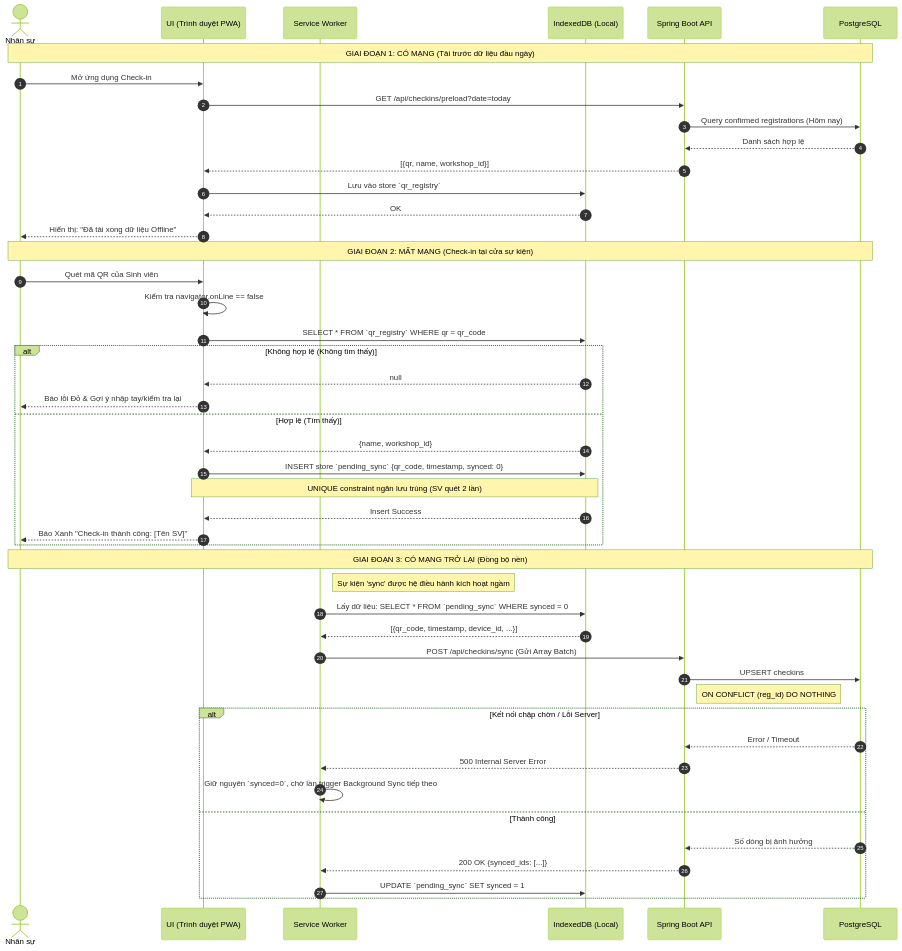
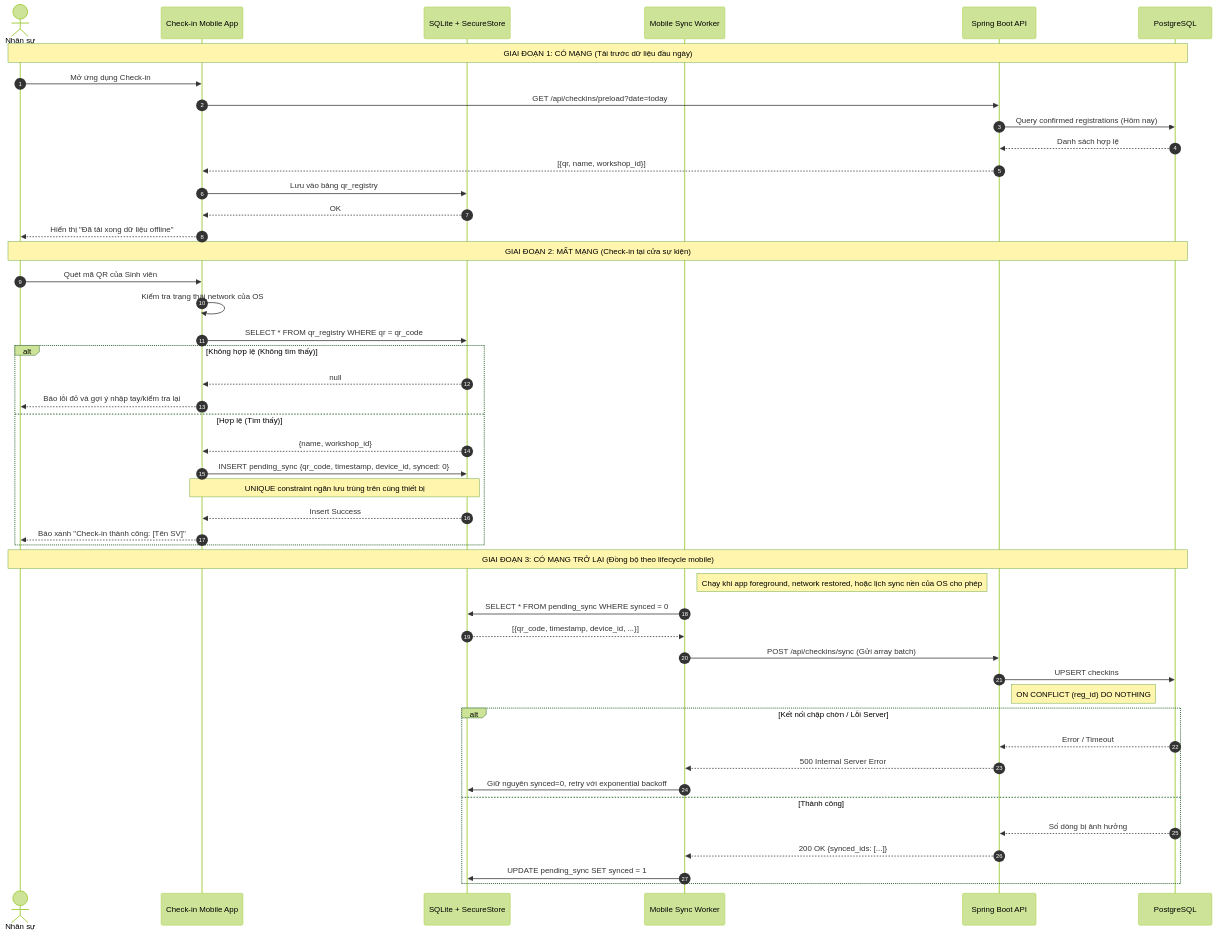
The fourth of 5 diagrams in blueprint/design.md (nvkhai238/UNIHUB), drawn with Mermaid (forest theme) before and after one commit. The commit also changed other lines of this file and 20 other files, not shown here.

````diff
--- a/blueprint/design.md
+++ b/blueprint/design.md
@@ -651,54 +651,54 @@
 ```mermaid
 sequenceDiagram
   autonumber
   actor Staff as Nhân sự
-  participant PWA as UI (Trình duyệt PWA)
-  participant SW as Service Worker
-  participant IDB as IndexedDB (Local)
+  participant Mobile as Check-in Mobile App
+  participant LocalDB as SQLite + SecureStore
+  participant Sync as Mobile Sync Worker
   participant API as Spring Boot API
   participant DB as PostgreSQL
 
   Note over Staff, DB: GIAI ĐOẠN 1: CÓ MẠNG (Tải trước dữ liệu đầu ngày)
-  Staff->>PWA: Mở ứng dụng Check-in
-  PWA->>API: GET /api/checkins/preload?date=today
+  Staff->>Mobile: Mở ứng dụng Check-in
+  Mobile->>API: GET /api/checkins/preload?date=today
   API->>DB: Query confirmed registrations (Hôm nay)
   DB-->>API: Danh sách hợp lệ
-  API-->>PWA: [{qr, name, workshop_id}]
-  PWA->>IDB: Lưu vào store `qr_registry`
-  IDB-->>PWA: OK
-  PWA-->>Staff: Hiển thị: "Đã tải xong dữ liệu Offline"
+  API-->>Mobile: [{qr, name, workshop_id}]
+  Mobile->>LocalDB: Lưu vào bảng qr_registry
+  LocalDB-->>Mobile: OK
+  Mobile-->>Staff: Hiển thị "Đã tải xong dữ liệu offline"
 
   Note over Staff, DB: GIAI ĐOẠN 2: MẤT MẠNG (Check-in tại cửa sự kiện)
-  Staff->>PWA: Quét mã QR của Sinh viên
-  PWA->>PWA: Kiểm tra navigator.onLine == false
-  PWA->>IDB: SELECT * FROM `qr_registry` WHERE qr = qr_code
-  
+  Staff->>Mobile: Quét mã QR của Sinh viên
+  Mobile->>Mobile: Kiểm tra trạng thái network của OS
+  Mobile->>LocalDB: SELECT * FROM qr_registry WHERE qr = qr_code
+
   alt Không hợp lệ (Không tìm thấy)
-    IDB-->>PWA: null
-    PWA-->>Staff: Báo lỗi Đỏ & Gợi ý nhập tay/kiểm tra lại
+    LocalDB-->>Mobile: null
+    Mobile-->>Staff: Báo lỗi đỏ và gợi ý nhập tay/kiểm tra lại
   else Hợp lệ (Tìm thấy)
-    IDB-->>PWA: {name, workshop_id}
-    PWA->>IDB: INSERT store `pending_sync` {qr_code, timestamp, synced: 0}
-    Note over PWA, IDB: UNIQUE constraint ngăn lưu trùng (SV quét 2 lần)
-    IDB-->>PWA: Insert Success
-    PWA-->>Staff: Báo Xanh "Check-in thành công: [Tên SV]"
+    LocalDB-->>Mobile: {name, workshop_id}
+    Mobile->>LocalDB: INSERT pending_sync {qr_code, timestamp, device_id, synced: 0}
+    Note over Mobile, LocalDB: UNIQUE constraint ngăn lưu trùng trên cùng thiết bị
+    LocalDB-->>Mobile: Insert Success
+    Mobile-->>Staff: Báo xanh "Check-in thành công: [Tên SV]"
   end
 
-  Note over Staff, DB: GIAI ĐOẠN 3: CÓ MẠNG TRỞ LẠI (Đồng bộ nền)
-  Note right of SW: Sự kiện 'sync' được hệ điều hành kích hoạt ngầm
-  SW->>IDB: Lấy dữ liệu: SELECT * FROM `pending_sync` WHERE synced = 0
-  IDB-->>SW: [{qr_code, timestamp, device_id, ...}]
-  SW->>API: POST /api/checkins/sync (Gửi Array Batch)
-  API->>DB: UPSERT checkins 
+  Note over Staff, DB: GIAI ĐOẠN 3: CÓ MẠNG TRỞ LẠI (Đồng bộ theo lifecycle mobile)
+  Note right of Sync: Chạy khi app foreground, network restored, hoặc lịch sync nền của OS cho phép
+  Sync->>LocalDB: SELECT * FROM pending_sync WHERE synced = 0
+  LocalDB-->>Sync: [{qr_code, timestamp, device_id, ...}]
+  Sync->>API: POST /api/checkins/sync (Gửi array batch)
+  API->>DB: UPSERT checkins
   Note right of API: ON CONFLICT (reg_id) DO NOTHING
-  
+
   alt Kết nối chập chờn / Lỗi Server
     DB-->>API: Error / Timeout
-    API-->>SW: 500 Internal Server Error
-    SW->>SW: Giữ nguyên `synced=0`, chờ lần trigger Background Sync tiếp theo
+    API-->>Sync: 500 Internal Server Error
+    Sync->>LocalDB: Giữ nguyên synced=0, retry với exponential backoff
   else Thành công
     DB-->>API: Số dòng bị ảnh hưởng
-    API-->>SW: 200 OK {synced_ids: [...]}
-    SW->>IDB: UPDATE `pending_sync` SET synced = 1
+    API-->>Sync: 200 OK {synced_ids: [...]}
+    Sync->>LocalDB: UPDATE pending_sync SET synced = 1
   end
 ```
````
